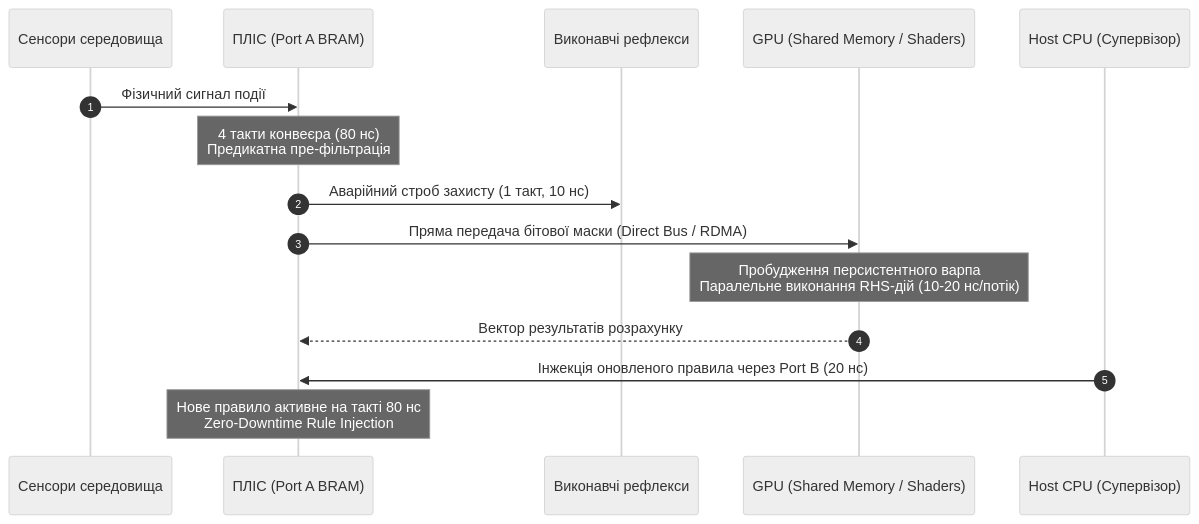
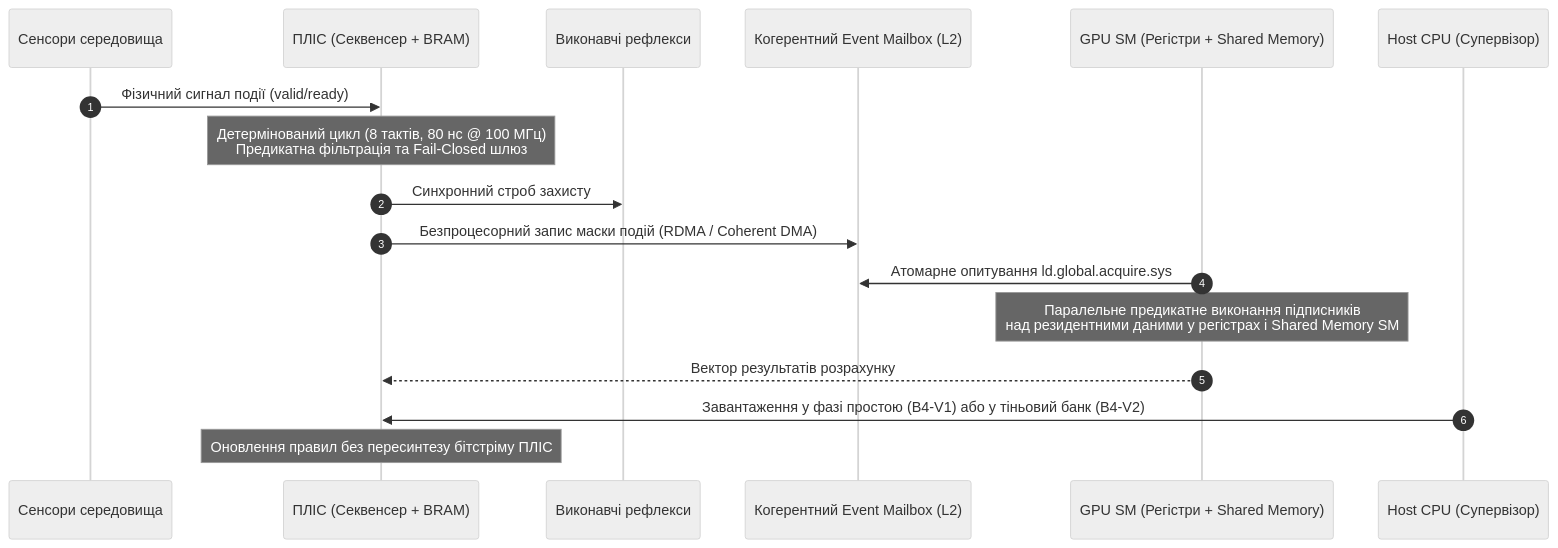
The diagram in Project/patents/patent-method-hierarchical-event-control.md (nick-fedchik/kuzmin-machine), drawn with Mermaid (neutral theme) before and after one commit. The commit also changed other lines of this file and 3 other files, not shown here.

Commit message:
docs(patents,b6): align GPU memory hierarchy, BRAM modes and target metrics (#165) (#171)

````diff
--- a/Project/patents/patent-method-hierarchical-event-control.md
+++ b/Project/patents/patent-method-hierarchical-event-control.md
@@ -43,18 +43,20 @@
 ```mermaid
 sequenceDiagram
     autonumber
     participant Sens as Сенсори середовища
-    participant FPGA_P1 as ПЛІС (Port A BRAM)
+    participant FPGA_P1 as ПЛІС (Секвенсер + BRAM)
     participant Act as Виконавчі рефлекси
-    participant GPU as GPU (Shared Memory / Shaders)
+    participant Mailbox as Когерентний Event Mailbox (L2)
+    participant GPU as GPU SM (Регістри + Shared Memory)
     participant Host as Host CPU (Супервізор)
 
-    Sens->>FPGA_P1: Фізичний сигнал події
-    Note over FPGA_P1: 4 такти конвеєра (80 нс)<br/>Предикатна пре-фільтрація
-    FPGA_P1->>Act: Аварійний строб захисту (1 такт, 10 нс)
-    FPGA_P1->>GPU: Пряма передача бітової маски (Direct Bus / RDMA)
-    Note over GPU: Пробудження персистентного варпа<br/>Паралельне виконання RHS-дій (10-20 нс/потік)
+    Sens->>FPGA_P1: Фізичний сигнал події (valid/ready)
+    Note over FPGA_P1: Детермінований цикл (8 тактів, 80 нс @ 100 МГц)<br/>Предикатна фільтрація та Fail-Closed шлюз
+    FPGA_P1->>Act: Синхронний строб захисту
+    FPGA_P1->>Mailbox: Безпроцесорний запис маски подій (RDMA / Coherent DMA)
+    GPU->>Mailbox: Атомарне опитування ld.global.acquire.sys
+    Note over GPU: Паралельне предикатне виконання підписників<br/>над резидентними даними у регістрах і Shared Memory SM
     GPU-->>FPGA_P1: Вектор результатів розрахунку
-    Host->>FPGA_P1: Інжекція оновленого правила через Port B (20 нс)
-    Note over FPGA_P1: Нове правило активне на такті 80 нс<br/>Zero-Downtime Rule Injection
+    Host->>FPGA_P1: Завантаження у фазі простою (B4-V1) або у тіньовий банк (B4-V2)
+    Note over FPGA_P1: Оновлення правил без пересинтезу бітстріму ПЛІС
 ```
````
